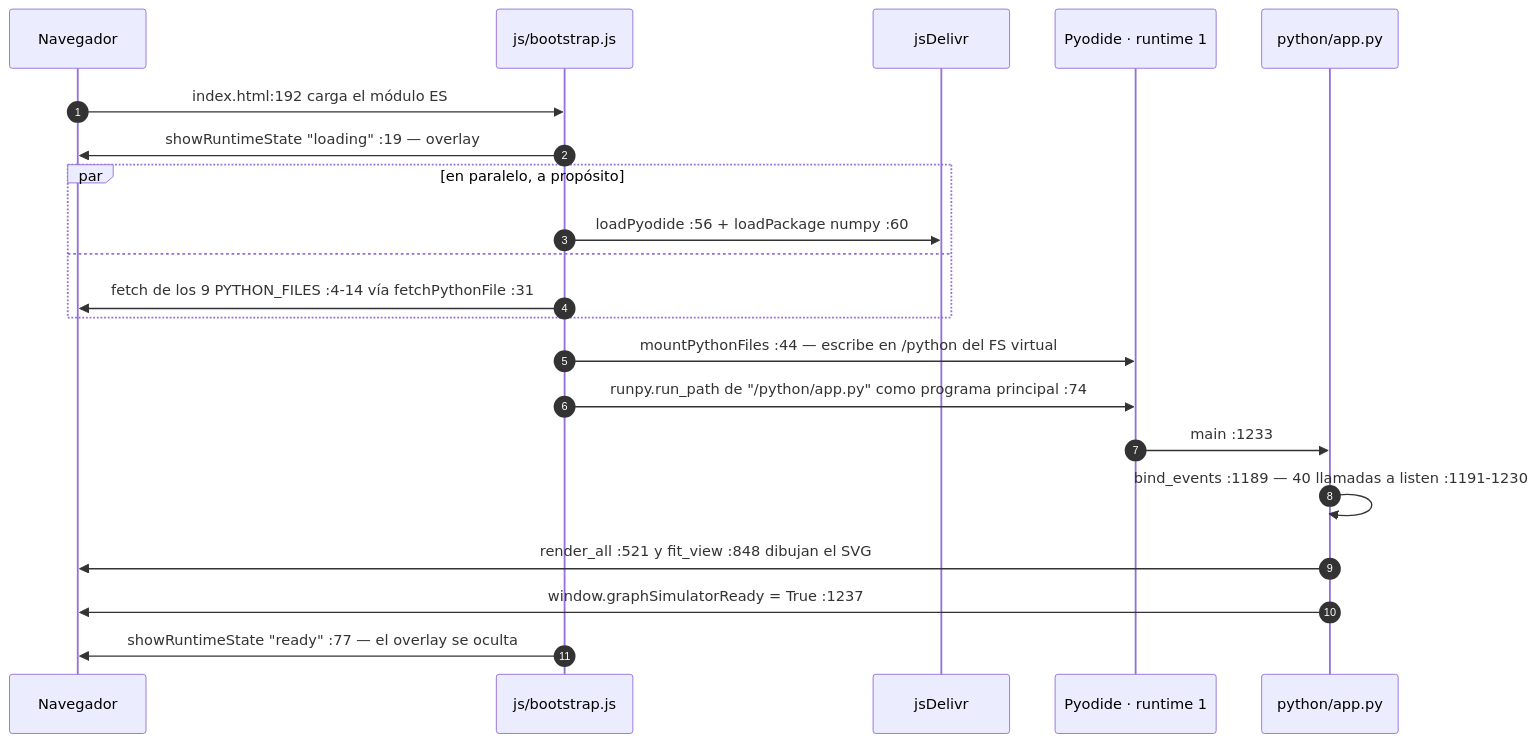
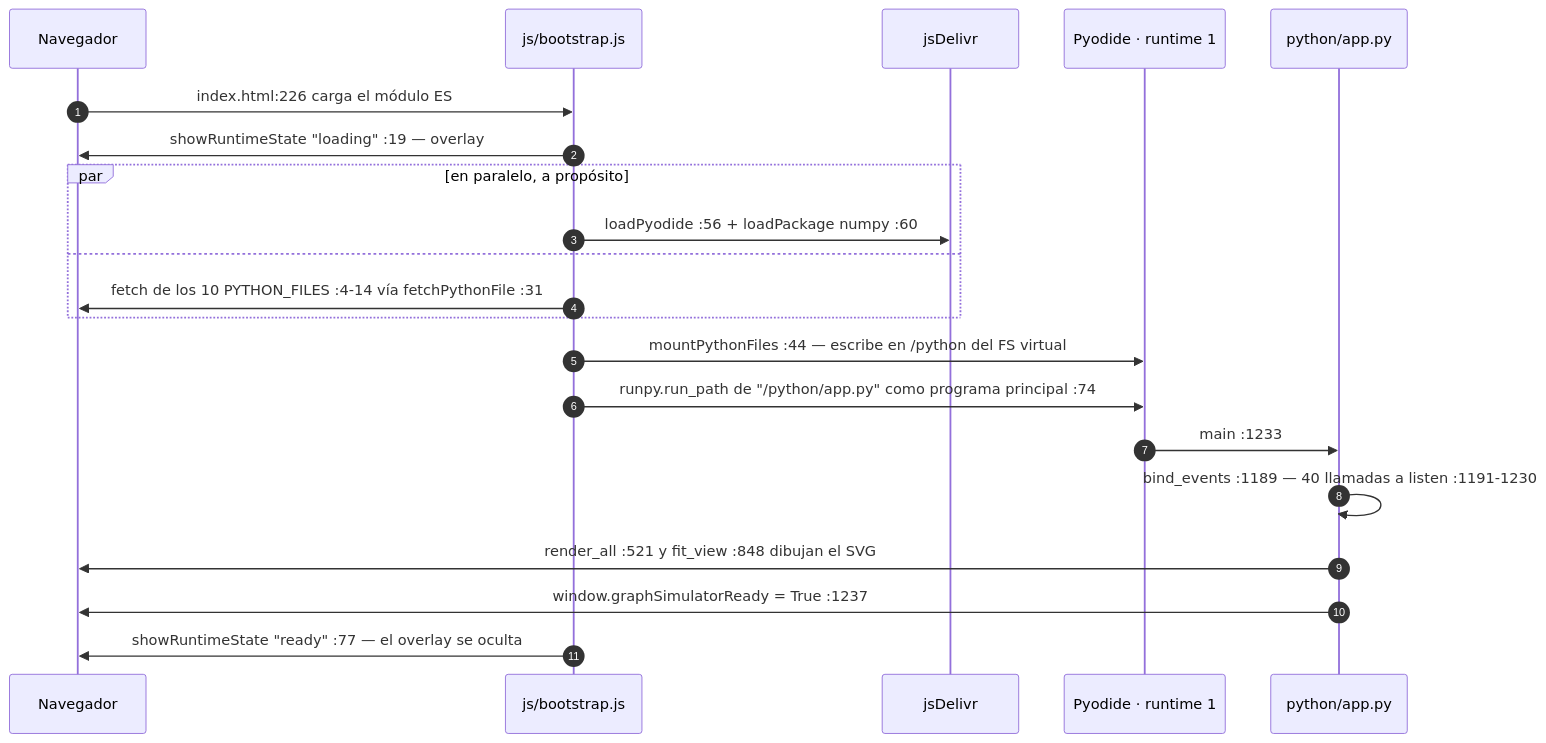
One commit to Rou-uu/consenso-simulador changed the second of 4 diagrams in docs/MAPA.md. Above: the diagram before and after it, drawn with Mermaid. The commit also changed other lines of this file and 19 other files, not shown here.

````diff
--- a/docs/MAPA.md
+++ b/docs/MAPA.md
@@ -176,24 +176,24 @@
 ```mermaid
 sequenceDiagram
     autonumber
     participant NAV as Navegador
     participant BS as js/bootstrap.js
     participant CDN as jsDelivr
     participant PY as Pyodide · runtime 1
     participant APP as python/app.py
 
-    NAV->>BS: index.html:192 carga el módulo ES
+    NAV->>BS: index.html:226 carga el módulo ES
     BS->>NAV: showRuntimeState "loading" :19 — overlay #python-loader
     par en paralelo, a propósito
         BS->>CDN: loadPyodide :56 + loadPackage numpy :60
     and
-        BS->>NAV: fetch de los 9 PYTHON_FILES :4-14 vía fetchPythonFile :31
+        BS->>NAV: fetch de los 10 PYTHON_FILES :4-14 vía fetchPythonFile :31
     end
     BS->>PY: mountPythonFiles :44 — escribe en /python del FS virtual
     BS->>PY: runpy.run_path de "/python/app.py" como programa principal :74
     PY->>APP: main :1233
     APP->>APP: bind_events :1189 — 40 llamadas a listen :1191-1230
     APP->>NAV: render_all :521 y fit_view :848 dibujan el SVG
     APP->>NAV: window.graphSimulatorReady = True :1237
     BS->>NAV: showRuntimeState "ready" :77 — el overlay se oculta
 ```
````
